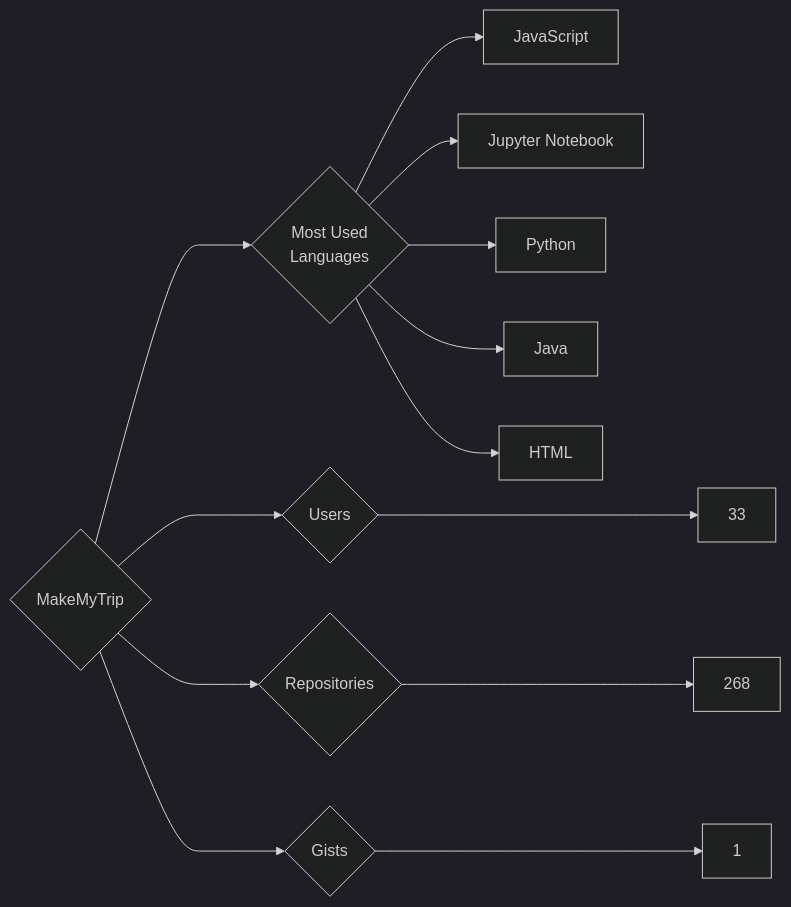
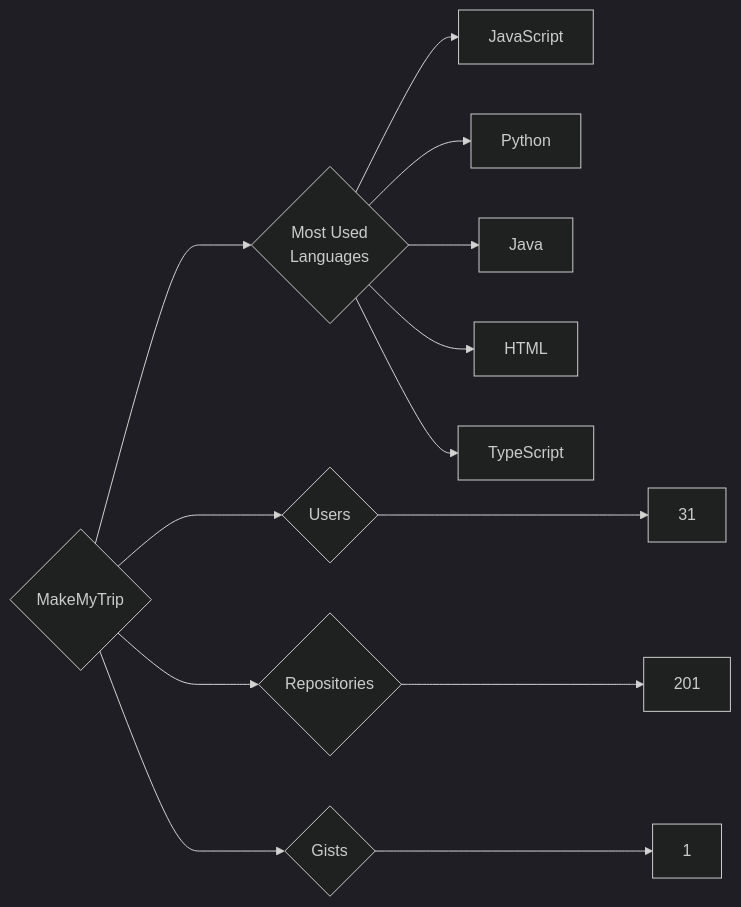
The diagram in targets/MakeMyTrip/README.md (trickest/insiders), drawn with Mermaid (dark theme) before and after one commit. The commit also changed 900 other files, not shown here.

````diff
--- a/targets/MakeMyTrip/README.md
+++ b/targets/MakeMyTrip/README.md
@@ -3,13 +3,13 @@
 ```mermaid
 graph LR
 COMPANY_NAME{MakeMyTrip}
-COMPANY_NAME ---> U{Users} ---> UN[33]
-COMPANY_NAME ---> R{Repositories} ---> RN[268]
+COMPANY_NAME ---> U{Users} ---> UN[31]
+COMPANY_NAME ---> R{Repositories} ---> RN[201]
 COMPANY_NAME ---> G{Gists} ---> GN[1]
 COMPANY_NAME ---> ML{Most Used<br>Languages}
 ML --> JavaScript[JavaScript]
-ML --> Jupyter_Notebook[Jupyter Notebook]
 ML --> Python[Python]
 ML --> Java[Java]
 ML --> HTML[HTML]
+ML --> TypeScript[TypeScript]
 ```
````
